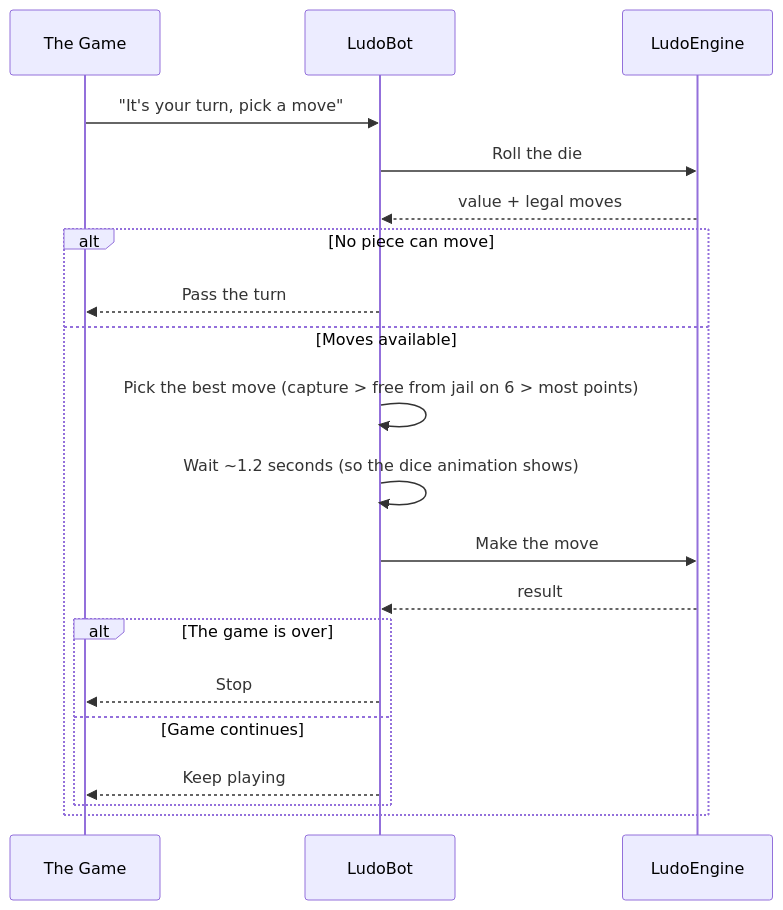
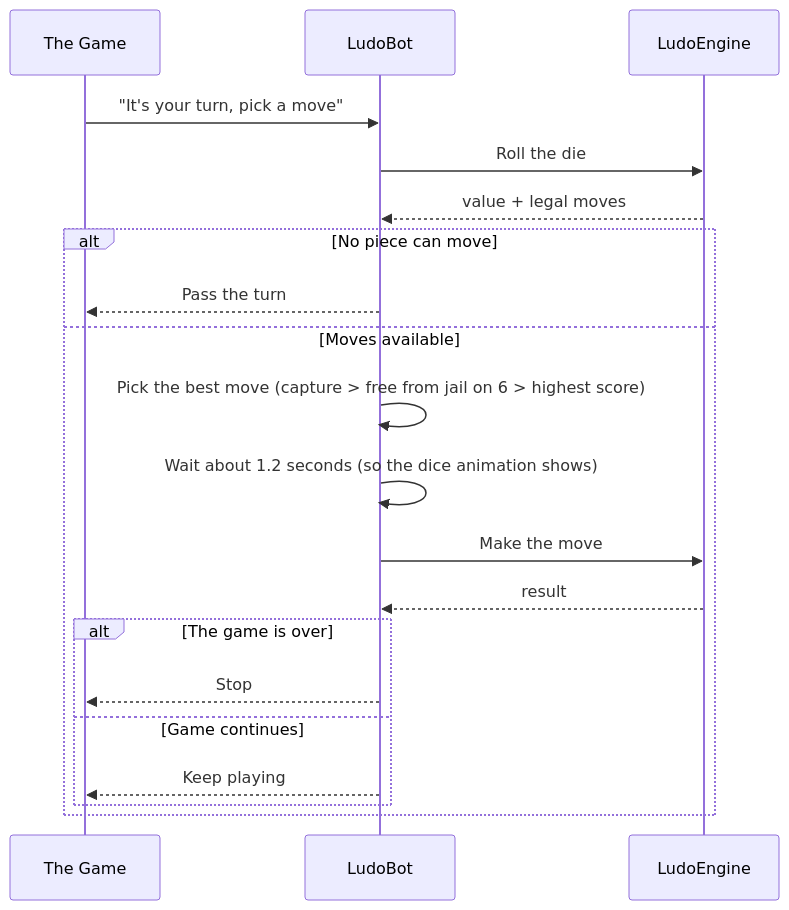
The first of 3 diagrams in docs/ludo-engine/ludo-engine-bot-module.md (J00ZzZ/ft_transcendence), drawn with Mermaid before and after one commit. The commit also changed other lines of this file and 31 other files, not shown here.

````diff
--- a/docs/ludo-engine/ludo-engine-bot-module.md
+++ b/docs/ludo-engine/ludo-engine-bot-module.md
@@ -89,23 +89,23 @@
 ```mermaid
 sequenceDiagram
     participant Game as The Game
     participant Bot as LudoBot
     participant Engine as LudoEngine
 
     Game->>Bot: "It's your turn, pick a move"
     Bot->>Engine: Roll the die
     Engine-->>Bot: value + legal moves
     alt No piece can move
         Bot-->>Game: Pass the turn
     else Moves available
-        Bot->>Bot: Pick the best move (capture > free from jail on 6 > most points)
-        Bot->>Bot: Wait ~1.2 seconds (so the dice animation shows)
+        Bot->>Bot: Pick the best move (capture > free from jail on 6 > highest score)
+        Bot->>Bot: Wait about 1.2 seconds (so the dice animation shows)
         Bot->>Engine: Make the move
         Engine-->>Bot: result
         alt The game is over
             Bot-->>Game: Stop
         else Game continues
             Bot-->>Game: Keep playing
         end
     end
 ```
````
